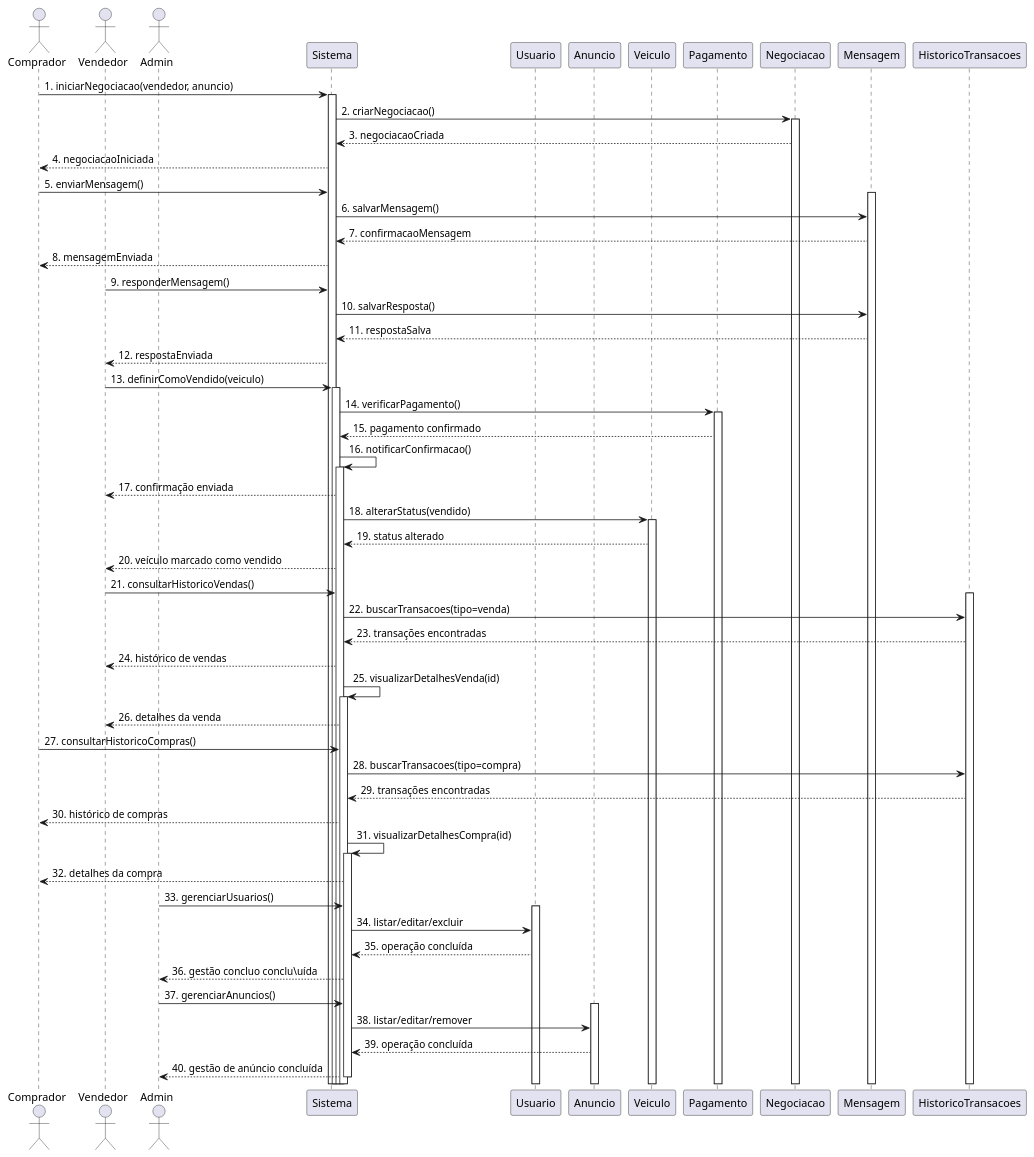
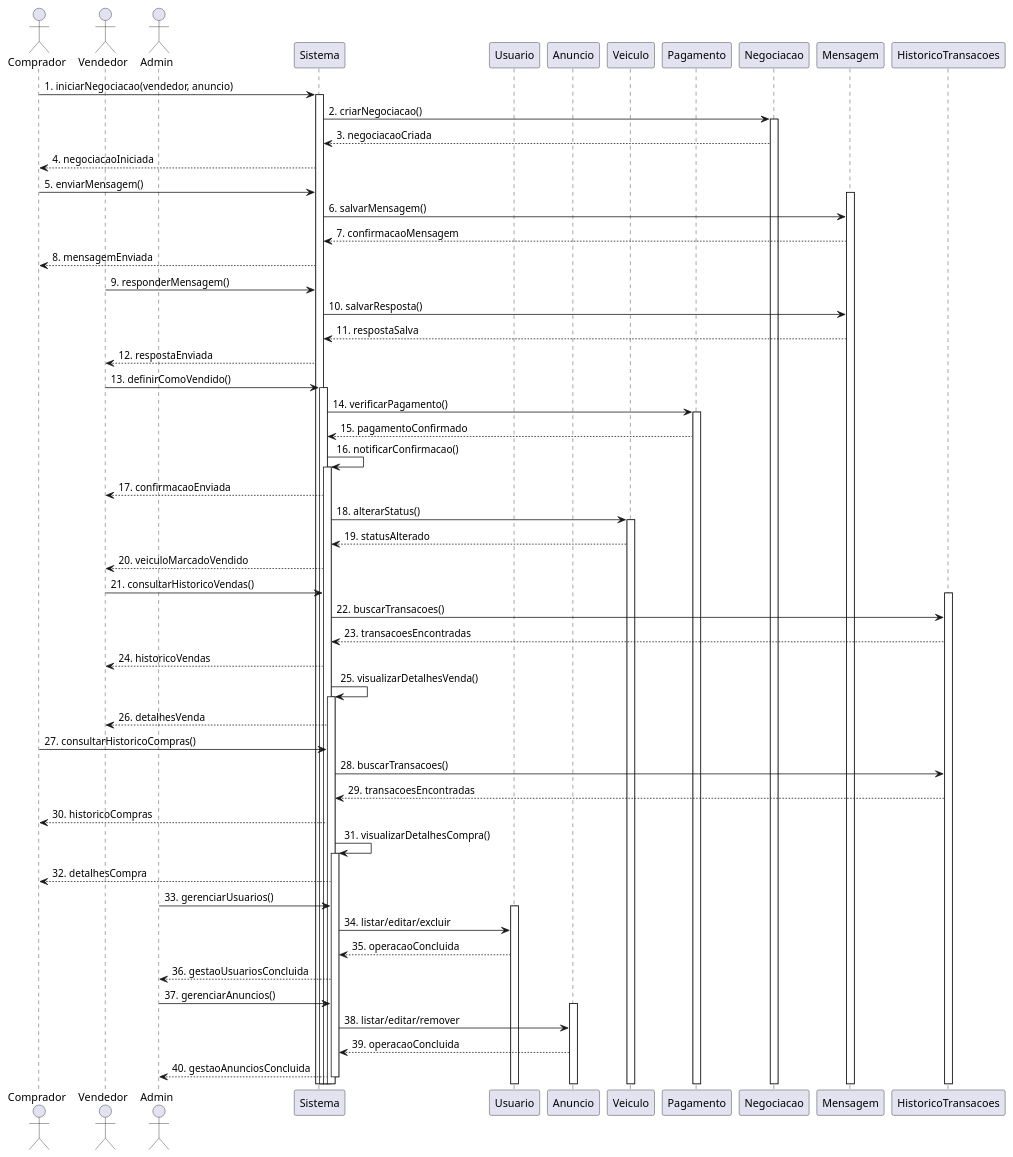
One commit to guilhermeoliveirateo/sistema-compra-venda-veiculos changed the diagram in diagrama_sequencia_uc_sistema_compra_venda.md. Above: the diagram before and after it, drawn with PlantUML.

````diff
--- a/diagrama_sequencia_uc_sistema_compra_venda.md
+++ b/diagrama_sequencia_uc_sistema_compra_venda.md
@@ -9,82 +9,82 @@
 ```plantuml
 @startuml
 
 actor Comprador
 actor Vendedor
 actor Admin
 participant Sistema
 participant Usuario
 participant Anuncio
 participant Veiculo
 participant Pagamento
 participant Negociacao
 participant Mensagem
 participant HistoricoTransacoes
 
 Comprador -> Sistema : 1. iniciarNegociacao(vendedor, anuncio)
 activate Sistema
 Sistema -> Negociacao : 2. criarNegociacao()
 activate Negociacao
 Negociacao --> Sistema : 3. negociacaoCriada
 Sistema --> Comprador : 4. negociacaoIniciada
 
 Comprador -> Sistema : 5. enviarMensagem()
 activate Mensagem
 Sistema -> Mensagem : 6. salvarMensagem()
 Mensagem --> Sistema : 7. confirmacaoMensagem
 Sistema --> Comprador : 8. mensagemEnviada
 
 Vendedor -> Sistema : 9. responderMensagem()
 Sistema -> Mensagem : 10. salvarResposta()
 Mensagem --> Sistema : 11. respostaSalva
 Sistema --> Vendedor : 12. respostaEnviada
 
-Vendedor -> Sistema : 13. definirComoVendido(veiculo)
+Vendedor -> Sistema : 13. definirComoVendido()
 activate Sistema
 Sistema -> Pagamento : 14. verificarPagamento()
 activate Pagamento
-Pagamento --> Sistema : 15. pagamento confirmado
+Pagamento --> Sistema : 15. pagamentoConfirmado
 
 Sistema -> Sistema : 16. notificarConfirmacao()
 activate Sistema
-Sistema --> Vendedor : 17. confirmação enviada
+Sistema --> Vendedor : 17. confirmacaoEnviada
 
-Sistema -> Veiculo : 18. alterarStatus(vendido)
+Sistema -> Veiculo : 18. alterarStatus()
 activate Veiculo
-Veiculo --> Sistema : 19. status alterado
-Sistema --> Vendedor : 20. veículo marcado como vendido
+Veiculo --> Sistema : 19. statusAlterado
+Sistema --> Vendedor : 20. veiculoMarcadoVendido
 
 Vendedor -> Sistema : 21. consultarHistoricoVendas()
 activate HistoricoTransacoes
-Sistema -> HistoricoTransacoes : 22. buscarTransacoes(tipo=venda)
-HistoricoTransacoes --> Sistema : 23. transações encontradas
-Sistema --> Vendedor : 24. histórico de vendas
+Sistema -> HistoricoTransacoes : 22. buscarTransacoes()
+HistoricoTransacoes --> Sistema : 23. transacoesEncontradas
+Sistema --> Vendedor : 24. historicoVendas
 
-Sistema -> Sistema : 25. visualizarDetalhesVenda(id)
+Sistema -> Sistema : 25. visualizarDetalhesVenda()
 activate Sistema
-Sistema --> Vendedor : 26. detalhes da venda
+Sistema --> Vendedor : 26. detalhesVenda
 
 Comprador -> Sistema : 27. consultarHistoricoCompras()
-Sistema -> HistoricoTransacoes : 28. buscarTransacoes(tipo=compra)
-HistoricoTransacoes --> Sistema : 29. transações encontradas
-Sistema --> Comprador : 30. histórico de compras
+Sistema -> HistoricoTransacoes : 28. buscarTransacoes()
+HistoricoTransacoes --> Sistema : 29. transacoesEncontradas
+Sistema --> Comprador : 30. historicoCompras
 
-Sistema -> Sistema : 31. visualizarDetalhesCompra(id)
+Sistema -> Sistema : 31. visualizarDetalhesCompra()
 activate Sistema
-Sistema --> Comprador : 32. detalhes da compra
+Sistema --> Comprador : 32. detalhesCompra
 
 Admin -> Sistema : 33. gerenciarUsuarios()
 activate Usuario
 Sistema -> Usuario : 34. listar/editar/excluir
-Usuario --> Sistema : 35. operação concluída
-Sistema --> Admin : 36. gestão concluo conclu\uída
+Usuario --> Sistema : 35. operacaoConcluida
+Sistema --> Admin : 36. gestaoUsuariosConcluida
 
 Admin -> Sistema : 37. gerenciarAnuncios()
 activate Anuncio
 Sistema -> Anuncio : 38. listar/editar/remover
-Anuncio --> Sistema : 39. operação concluída
-Sistema --> Admin : 40. gestão de anúncio concluída
+Anuncio --> Sistema : 39. operacaoConcluida
+Sistema --> Admin : 40. gestaoAnunciosConcluida
 
 deactivate Sistema
 @enduml
 ```
````
